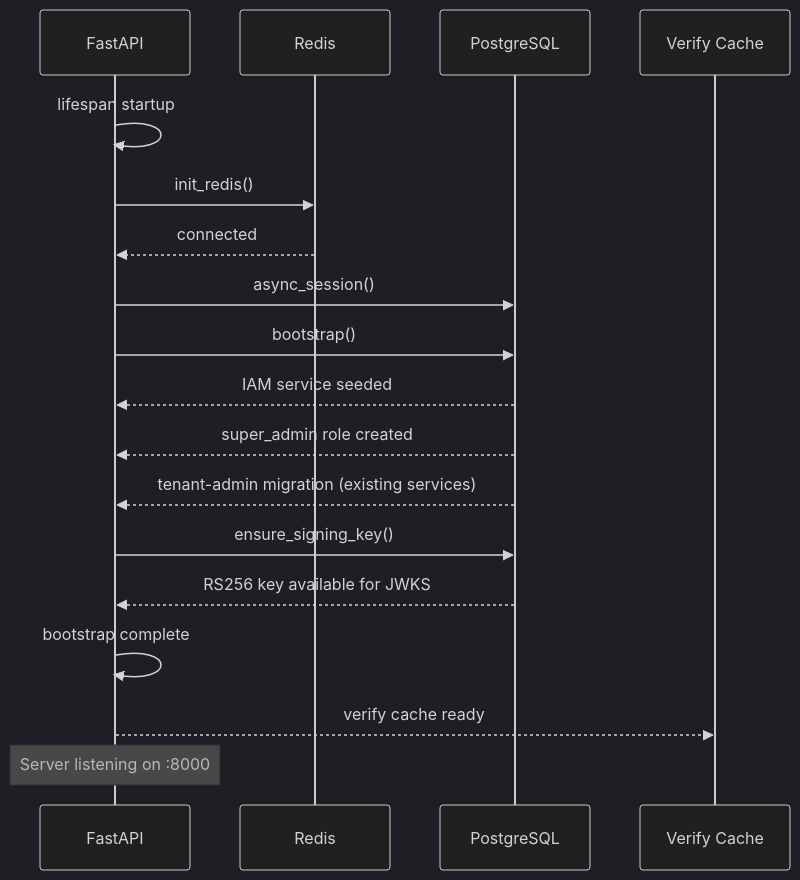
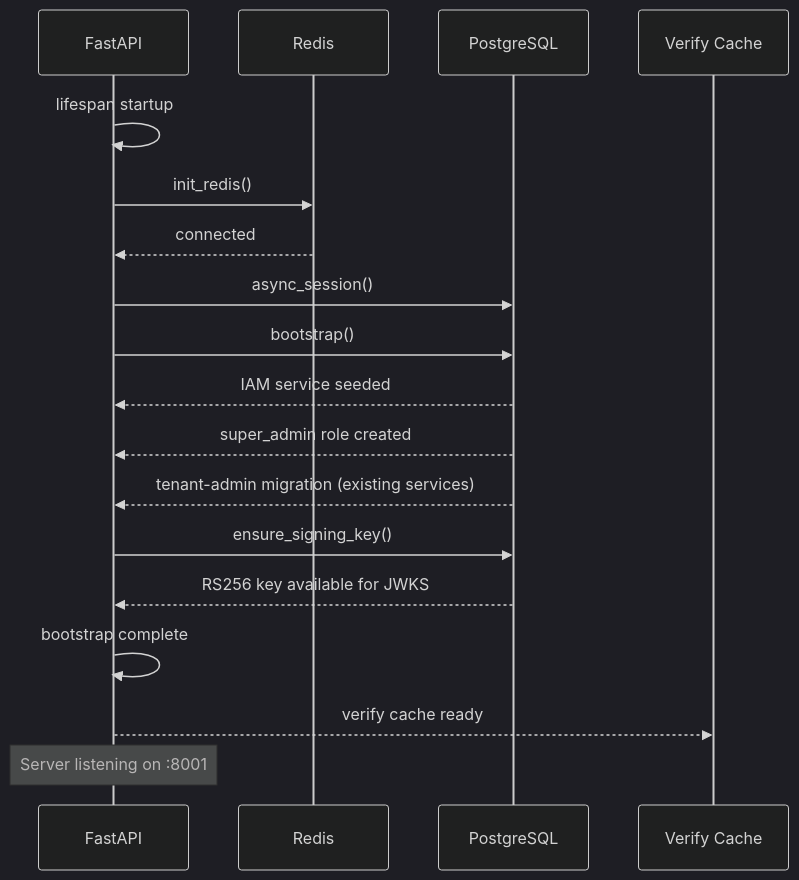
One commit to amLiux/HortusClavis changed the fifth of 5 diagrams in README.md. Above: the diagram before and after it, drawn with Mermaid (dark theme). The commit also changed other lines of this file and 4 other files, not shown here.

````diff
--- a/README.md
+++ b/README.md
@@ -166,21 +166,21 @@
 ```mermaid
 sequenceDiagram
     participant App as FastAPI
     participant Redis
     participant DB as PostgreSQL
     participant Cache as Verify Cache
 
     App->>App: lifespan startup
     App->>Redis: init_redis()
     Redis-->>App: connected
     App->>DB: async_session()
     App->>DB: bootstrap()
     DB-->>App: IAM service seeded
     DB-->>App: super_admin role created
     DB-->>App: tenant-admin migration (existing services)
     App->>DB: ensure_signing_key()
     DB-->>App: RS256 key available for JWKS
     App->>App: bootstrap complete
     App-->>Cache: verify cache ready
-    Note over App: Server listening on :8000
+    Note over App: Server listening on :8001
 ```
````
